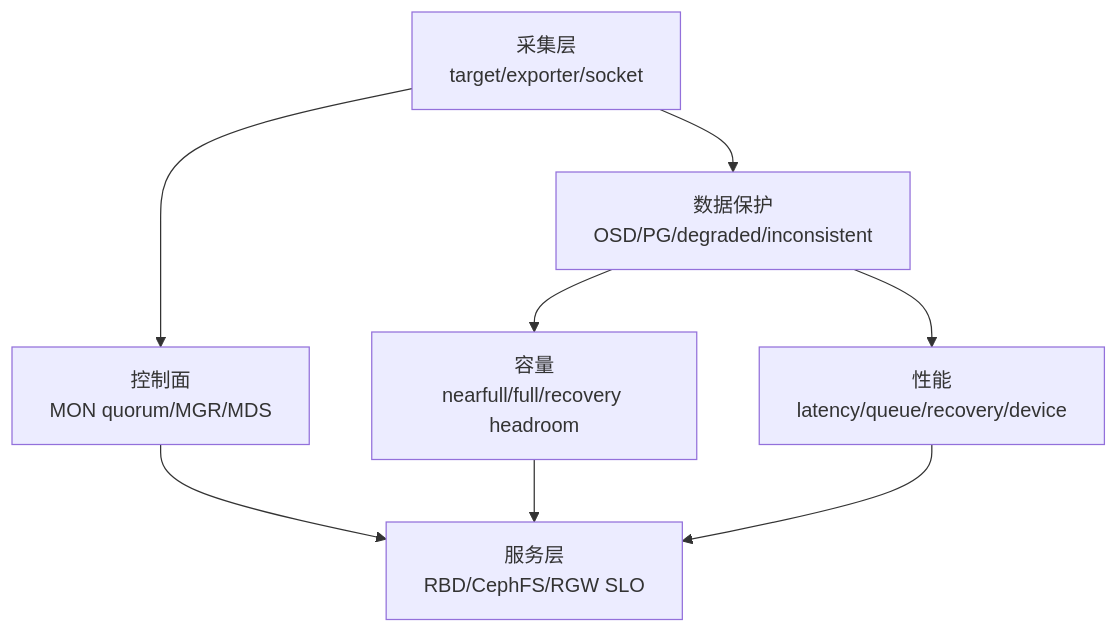
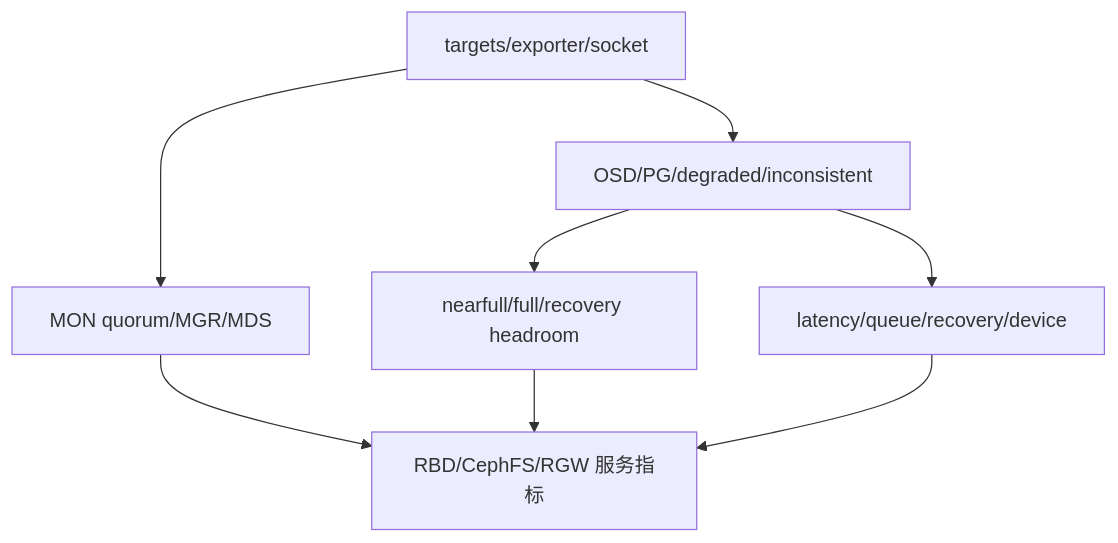
The second of 2 diagrams in docs/storage/ceph/09-monitoring.md (brinnatt/kubeauto), drawn with Mermaid before and after one commit. The commit also changed other lines of this file and 9 other files, not shown here.

````diff
--- a/docs/storage/ceph/09-monitoring.md
+++ b/docs/storage/ceph/09-monitoring.md
@@ -196,8 +309,8 @@
 ```mermaid
 flowchart TB
-  L0[采集层<br/>target/exporter/socket] --> L1[控制面<br/>MON quorum/MGR/MDS]
-  L0 --> L2[数据保护<br/>OSD/PG/degraded/inconsistent]
-  L2 --> L3[容量<br/>nearfull/full/recovery headroom]
-  L2 --> L4[性能<br/>latency/queue/recovery/device]
-  L1 & L3 & L4 --> L5[服务层<br/>RBD/CephFS/RGW SLO]
+  T[targets/exporter/socket] --> C[MON quorum/MGR/MDS]
+  T --> D[OSD/PG/degraded/inconsistent]
+  D --> K[nearfull/full/recovery headroom]
+  D --> L[latency/queue/recovery/device]
+  C & K & L --> S[RBD/CephFS/RGW 服务指标]
 ```
````
